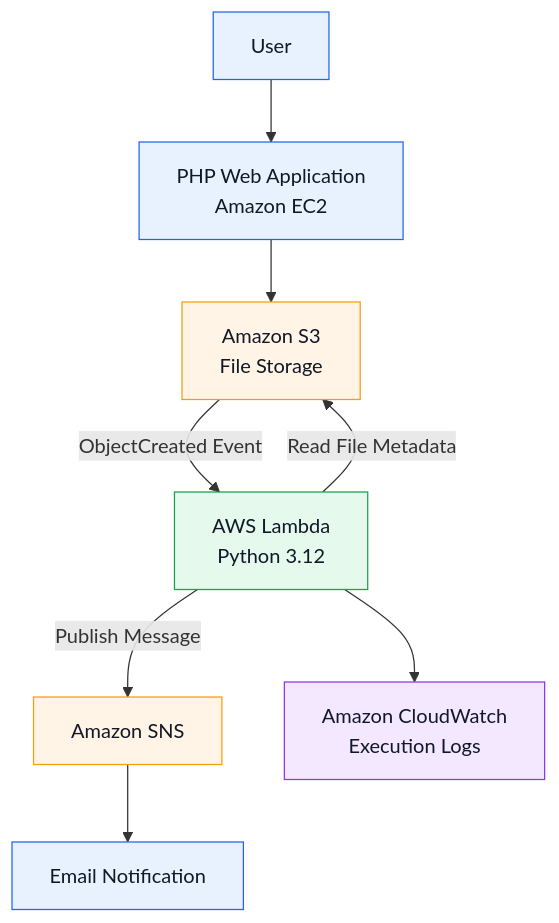
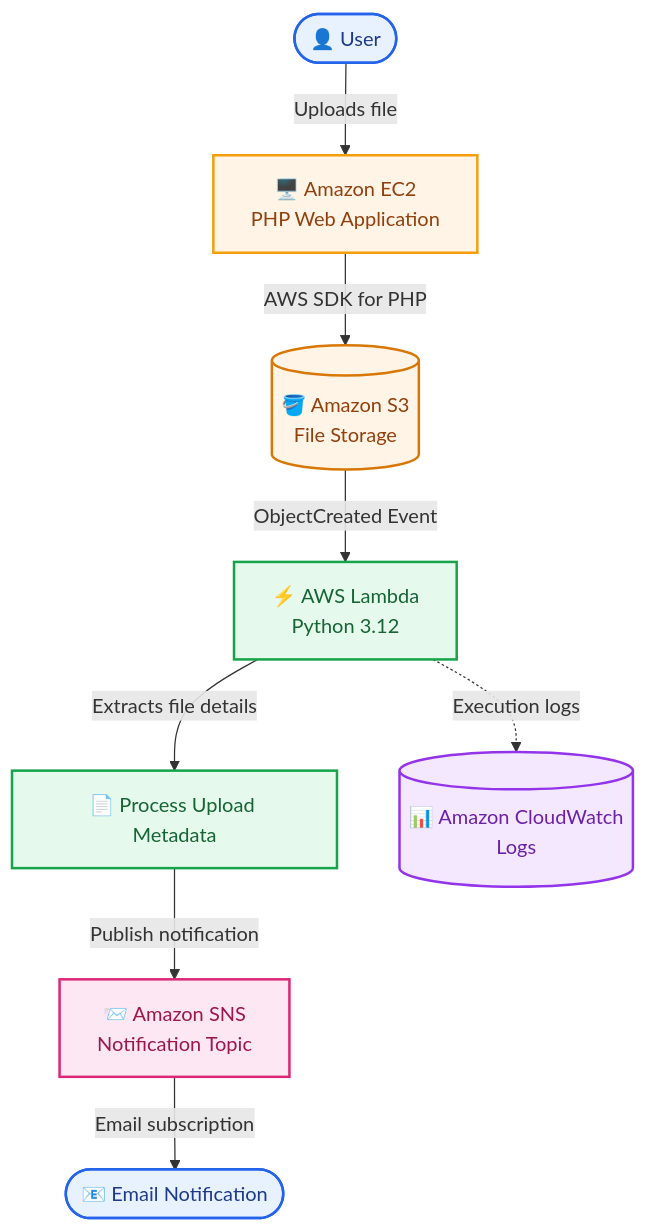
Before and after one commit to SAI-GODGE/AWS-Event-Driven-File-Upload-Notification-System: the first of 2 diagrams in README.md, drawn with Mermaid. The commit also changed other lines of this file, not shown here.

````diff
--- a/README.md
+++ b/README.md
@@ -30,18 +26,30 @@
 ```mermaid
 flowchart TD
-    A["User"] --> B["PHP Web Application<br/>Amazon EC2"]
-    B --> C["Amazon S3<br/>File Storage"]
-    C -->|"ObjectCreated Event"| D["AWS Lambda<br/>Python 3.12"]
-    D -->|"Read File Metadata"| C
-    D -->|"Publish Message"| E["Amazon SNS"]
-    E --> F["Email Notification"]
-    D --> G["Amazon CloudWatch<br/>Execution Logs"]
+    U(["👤 User"]) -->|"Uploads file"| EC2["🖥️ Amazon EC2<br/>PHP Web Application"]
 
-    style A fill:#E8F2FF,stroke:#2563EB,color:#111827
-    style B fill:#E8F2FF,stroke:#2563EB,color:#111827
-    style C fill:#FFF4E5,stroke:#F59E0B,color:#111827
-    style D fill:#E6F9ED,stroke:#16A34A,color:#111827
-    style E fill:#FFF4E5,stroke:#F59E0B,color:#111827
-    style F fill:#E8F2FF,stroke:#2563EB,color:#111827
-    style G fill:#F3E8FF,stroke:#9333EA,color:#111827
+    EC2 -->|"AWS SDK for PHP"| S3[("🪣 Amazon S3<br/>File Storage")]
+
+    S3 -->|"ObjectCreated Event"| Lambda["⚡ AWS Lambda<br/>Python 3.12"]
+
+    Lambda -->|"Extracts file details"| Process["📄 Process Upload Metadata"]
+
+    Process -->|"Publish notification"| SNS["📨 Amazon SNS<br/>Notification Topic"]
+
+    SNS -->|"Email subscription"| Email(["📧 Email Notification"])
+
+    Lambda -.->|"Execution logs"| CW[("📊 Amazon CloudWatch<br/>Logs")]
+
+    classDef user fill:#E8F2FF,stroke:#2563EB,color:#1E3A8A,stroke-width:2px
+    classDef compute fill:#FFF4E5,stroke:#F59E0B,color:#92400E,stroke-width:2px
+    classDef storage fill:#FFF4E5,stroke:#D97706,color:#92400E,stroke-width:2px
+    classDef serverless fill:#E6F9ED,stroke:#16A34A,color:#166534,stroke-width:2px
+    classDef messaging fill:#FCE7F3,stroke:#DB2777,color:#9D174D,stroke-width:2px
+    classDef monitoring fill:#F3E8FF,stroke:#9333EA,color:#6B21A8,stroke-width:2px
+
+    class U,Email user
+    class EC2 compute
+    class S3 storage
+    class Lambda,Process serverless
+    class SNS messaging
+    class CW monitoring
 ```
````
